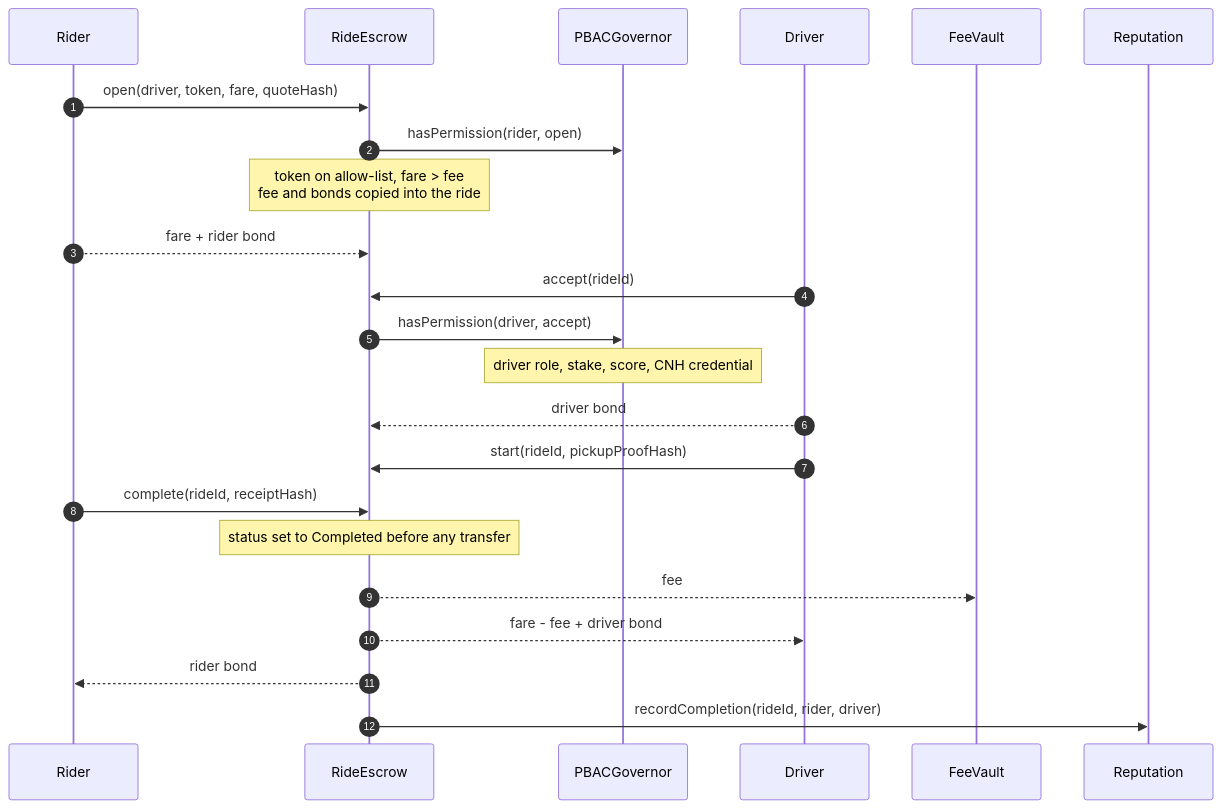
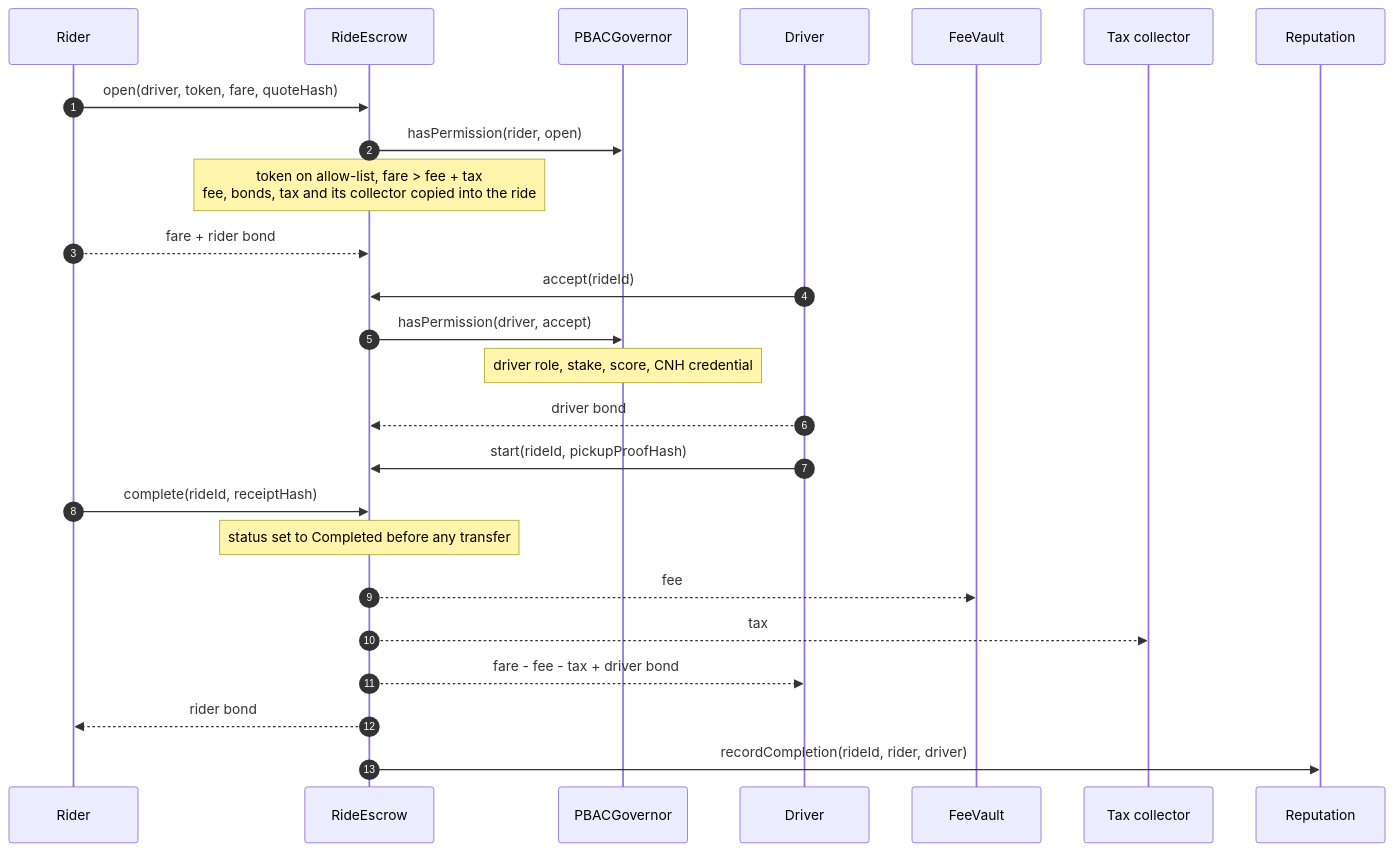
Before and after one commit to MuriloSchaefer/klippelgo: the first of 3 diagrams in contracts/docs/security.md, drawn with Mermaid. The commit also changed other lines of this file and 50 other files, not shown here.

````diff
--- a/contracts/docs/security.md
+++ b/contracts/docs/security.md
@@ -50,26 +50,28 @@
 ```mermaid
 sequenceDiagram
     autonumber
     participant R as Rider
     participant E as RideEscrow
     participant G as PBACGovernor
     participant D as Driver
     participant V as FeeVault
+    participant T as Tax collector
     participant P as Reputation
 
     R->>E: open(driver, token, fare, quoteHash)
     E->>G: hasPermission(rider, open)
-    Note over E: token on allow-list, fare > fee<br/>fee and bonds copied into the ride
+    Note over E: token on allow-list, fare > fee + tax<br/>fee, bonds, tax and its collector copied into the ride
     R-->>E: fare + rider bond
     D->>E: accept(rideId)
     E->>G: hasPermission(driver, accept)
     Note over G: driver role, stake, score, CNH credential
     D-->>E: driver bond
     D->>E: start(rideId, pickupProofHash)
     R->>E: complete(rideId, receiptHash)
     Note over E: status set to Completed before any transfer
     E-->>V: fee
-    E-->>D: fare - fee + driver bond
+    E-->>T: tax
+    E-->>D: fare - fee - tax + driver bond
     E-->>R: rider bond
     E->>P: recordCompletion(rideId, rider, driver)
 ```
````
